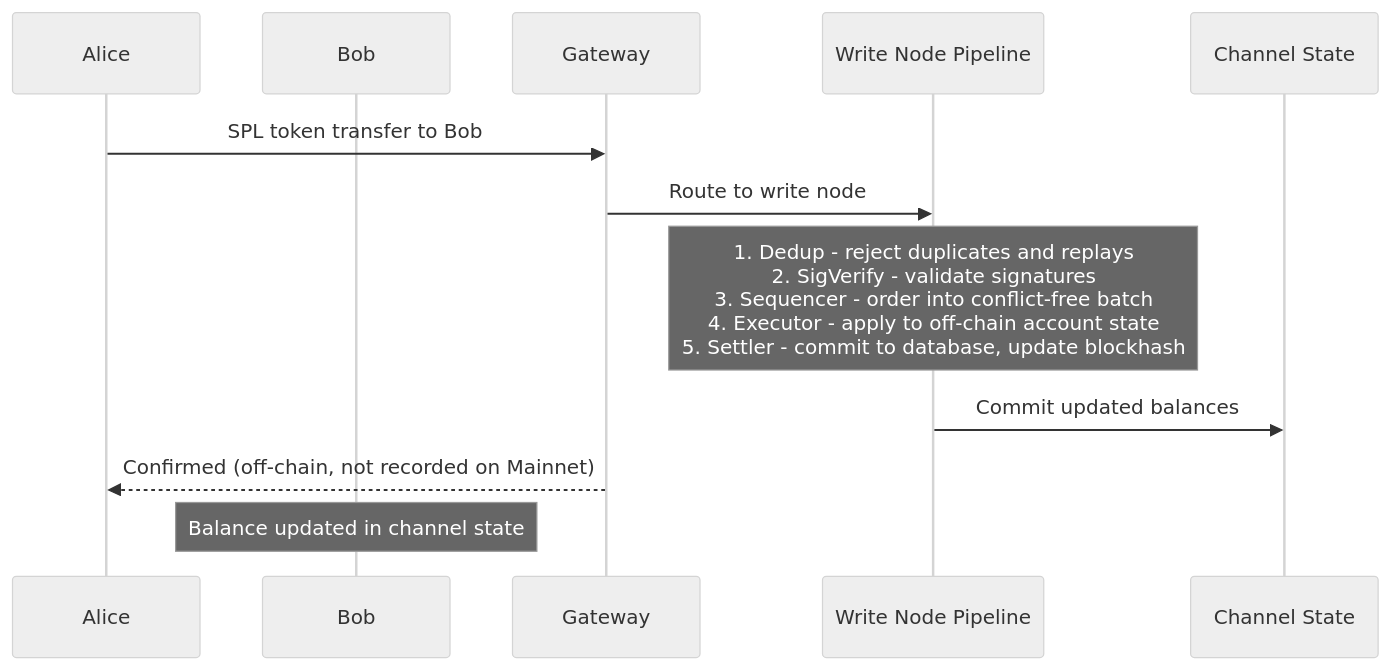
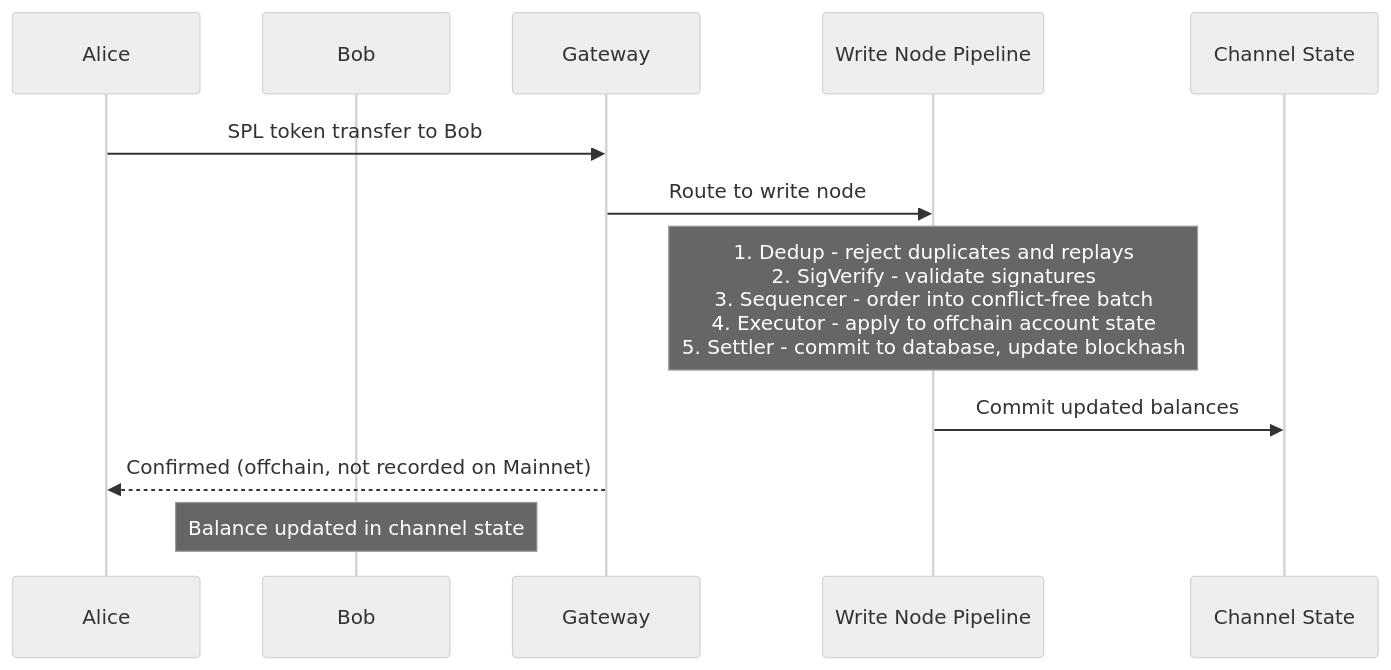
The second of 3 diagrams in apps/docs/content/docs/en/tools/private-channels/concepts/channels.mdx (solana-foundation/solana-com), drawn with Mermaid (neutral theme) before and after one commit. The commit also changed other lines of this file and 13298 other files, not shown here.

````diff
--- a/apps/docs/content/docs/en/tools/private-channels/concepts/channels.mdx
+++ b/apps/docs/content/docs/en/tools/private-channels/concepts/channels.mdx
@@ -97,17 +116,17 @@
 ```mermaid
 sequenceDiagram
     participant Alice
     participant Bob
     participant GW as Gateway
     participant Pipeline as Write Node Pipeline
     participant DB as Channel State
 
     Alice->>GW: SPL token transfer to Bob
     GW->>Pipeline: Route to write node
 
-    Note over Pipeline: 1. Dedup - reject duplicates and replays<br/>2. SigVerify - validate signatures<br/>3. Sequencer - order into conflict-free batch<br/>4. Executor - apply to off-chain account state<br/>5. Settler - commit to database, update blockhash
+    Note over Pipeline: 1. Dedup - reject duplicates and replays<br/>2. SigVerify - validate signatures<br/>3. Sequencer - order into conflict-free batch<br/>4. Executor - apply to offchain account state<br/>5. Settler - commit to database, update blockhash
 
     Pipeline->>DB: Commit updated balances
-    GW-->>Alice: Confirmed (off-chain, not recorded on Mainnet)
+    GW-->>Alice: Confirmed (offchain, not recorded on Mainnet)
     Note over Bob: Balance updated in channel state
 ```
````
